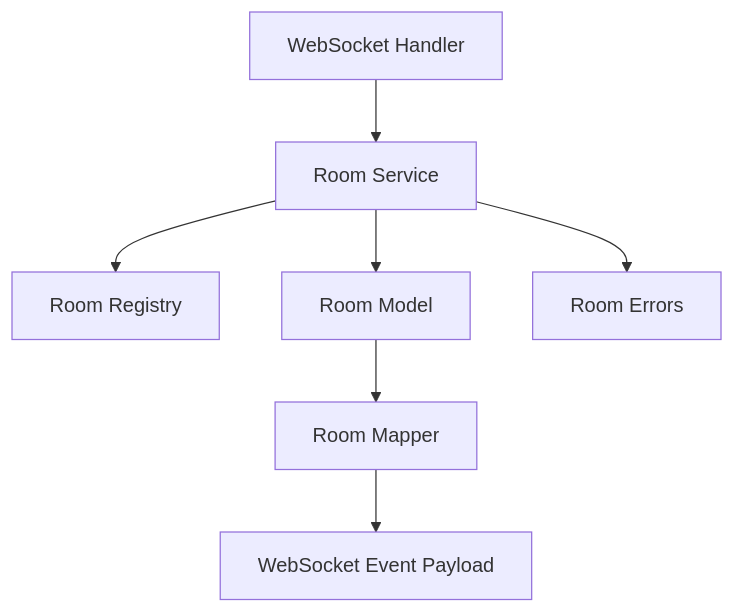
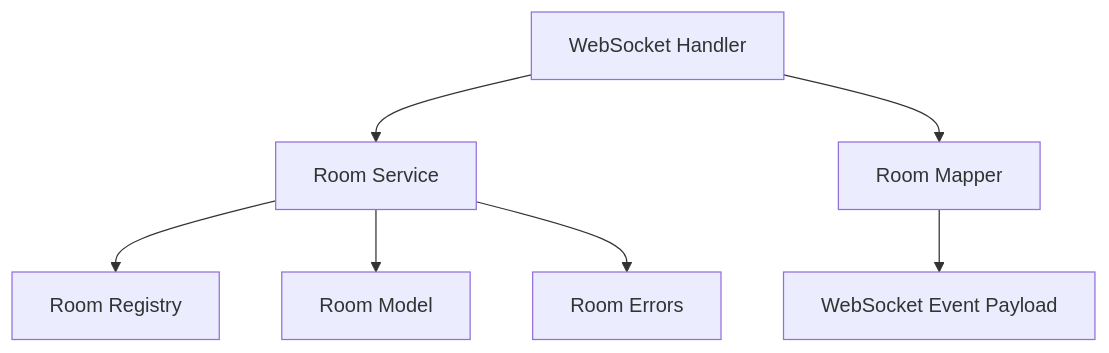
The diagram in plan/detail-implementation/4-room-model.md (truongthuanr/exploding-kittens), drawn with Mermaid before and after one commit. The commit also changed 4 other files, not shown here.

````diff
--- a/plan/detail-implementation/4-room-model.md
+++ b/plan/detail-implementation/4-room-model.md
@@ -34,9 +34,9 @@
 ```mermaid
 flowchart TD
     A[WebSocket Handler] --> B[Room Service]
     B --> C[Room Registry]
     B --> D[Room Model]
     B --> E[Room Errors]
-    D --> F[Room Mapper]
+    A --> F[Room Mapper]
     F --> G[WebSocket Event Payload]
 ```
````
